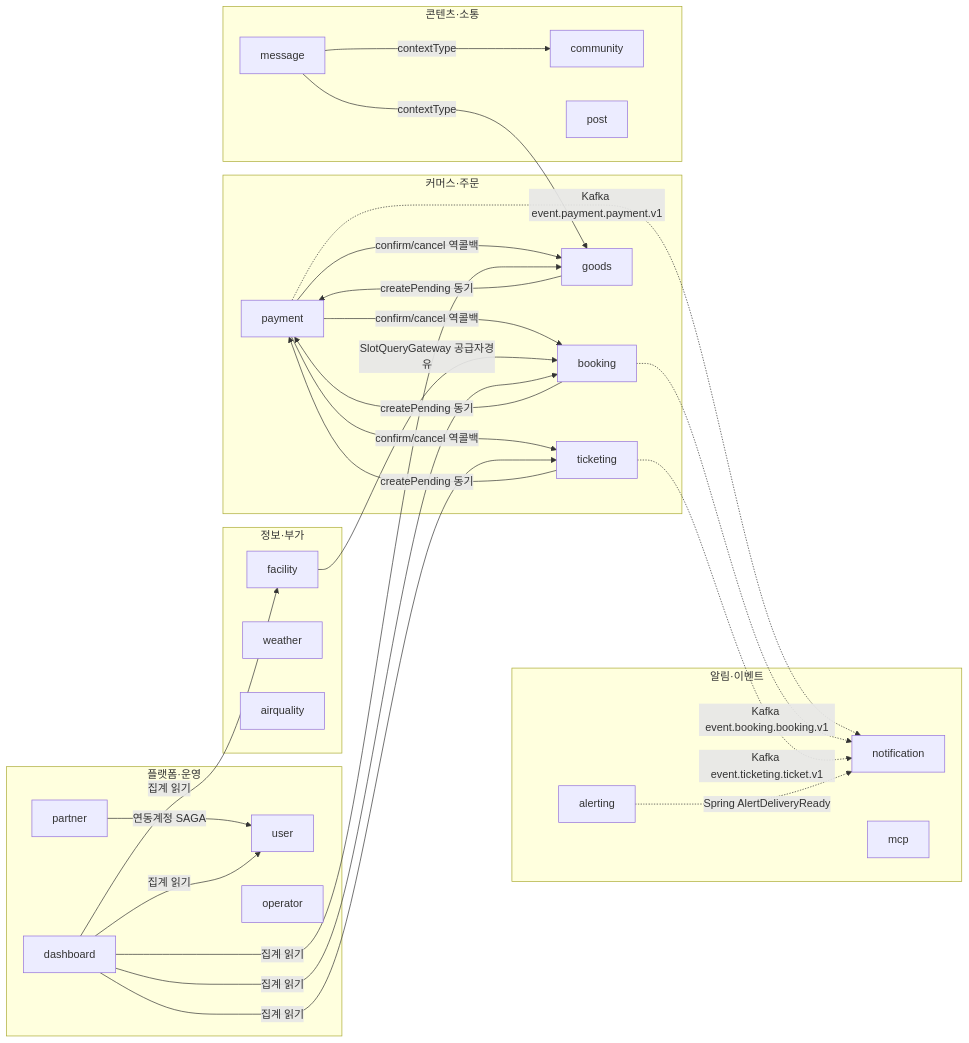
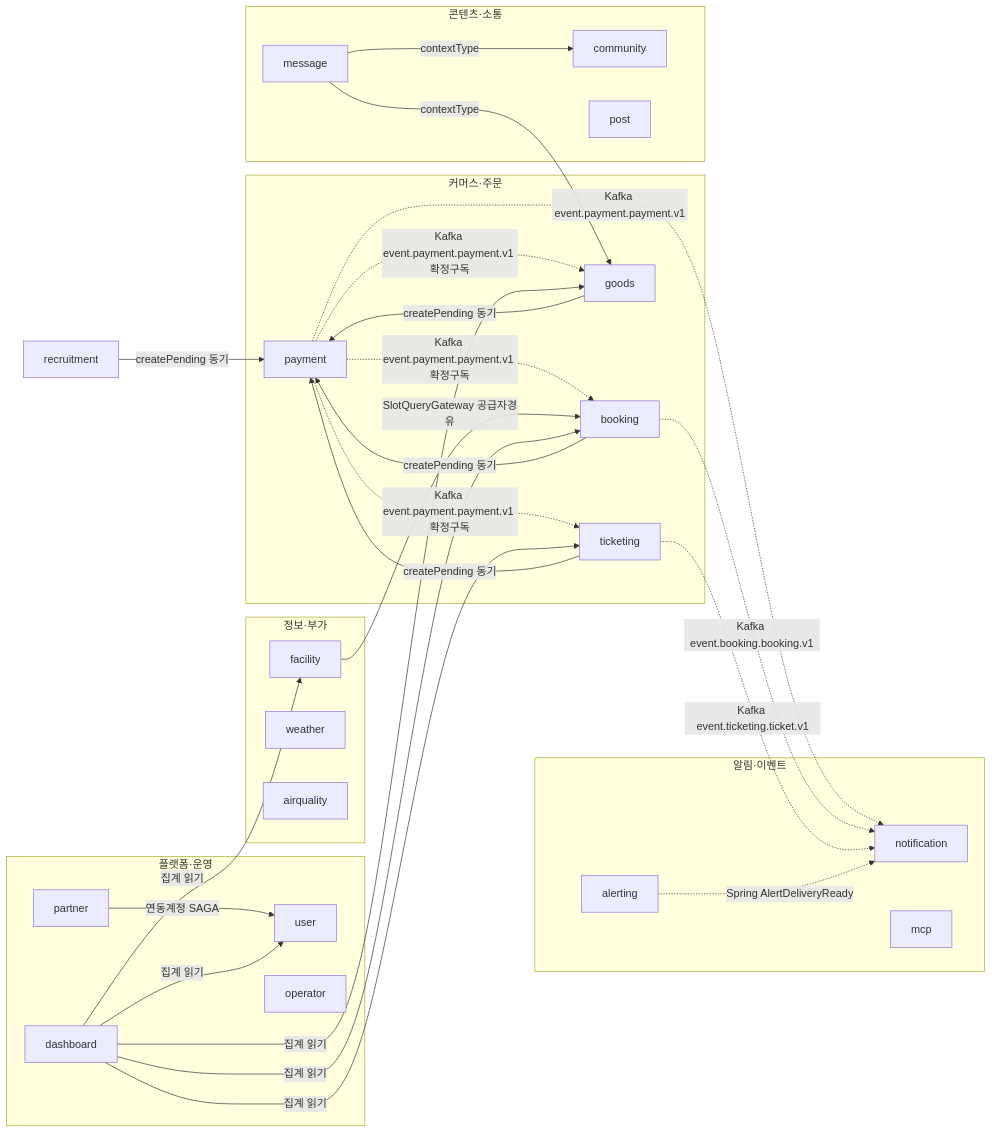
The first of 2 diagrams in docs/domain-context-map.md (biuea3866/new-sports-application), drawn with Mermaid before and after one commit. The commit also changed other lines of this file, not shown here.

First line of the commit message:
[PH0-07][no-jira] - docs : 문서 자기모순 해소 — 제거된 확정 콜백 구조를 다이어그램·표제·표에서 정리 (리뷰 p1/p2/p3)

````diff
--- a/docs/domain-context-map.md
+++ b/docs/domain-context-map.md
@@ -41,53 +41,54 @@
 ```mermaid
 flowchart LR
     subgraph Commerce["커머스·주문"]
         payment
         booking
         goods
         ticketing
     end
     subgraph Alert["알림·이벤트"]
         notification
         alerting
         mcp
     end
     subgraph Content["콘텐츠·소통"]
         message
         community
         post
     end
     subgraph Platform["플랫폼·운영"]
         user
         partner
         dashboard
         operator
     end
     subgraph Info["정보·부가"]
         facility
         weather
         airquality
     end
 
     booking -->|createPending 동기| payment
     goods -->|createPending 동기| payment
     ticketing -->|createPending 동기| payment
-    payment -->|confirm/cancel 역콜백| booking
-    payment -->|confirm/cancel 역콜백| goods
-    payment -->|confirm/cancel 역콜백| ticketing
+    recruitment -->|createPending 동기| payment
 
+    payment -.->|Kafka event.payment.payment.v1 확정구독| booking
+    payment -.->|Kafka event.payment.payment.v1 확정구독| goods
+    payment -.->|Kafka event.payment.payment.v1 확정구독| ticketing
     payment -.->|Kafka event.payment.payment.v1| notification
     booking -.->|Kafka event.booking.booking.v1| notification
     ticketing -.->|Kafka event.ticketing.ticket.v1| notification
     alerting -.->|Spring AlertDeliveryReady| notification
 
     facility -->|SlotQueryGateway 공급자경유| booking
     partner -->|연동계정 SAGA| user
     message -->|contextType| community
     message -->|contextType| goods
 
     dashboard -->|집계 읽기| booking
     dashboard -->|집계 읽기| goods
     dashboard -->|집계 읽기| ticketing
     dashboard -->|집계 읽기| facility
     dashboard -->|집계 읽기| user
 ```
````
